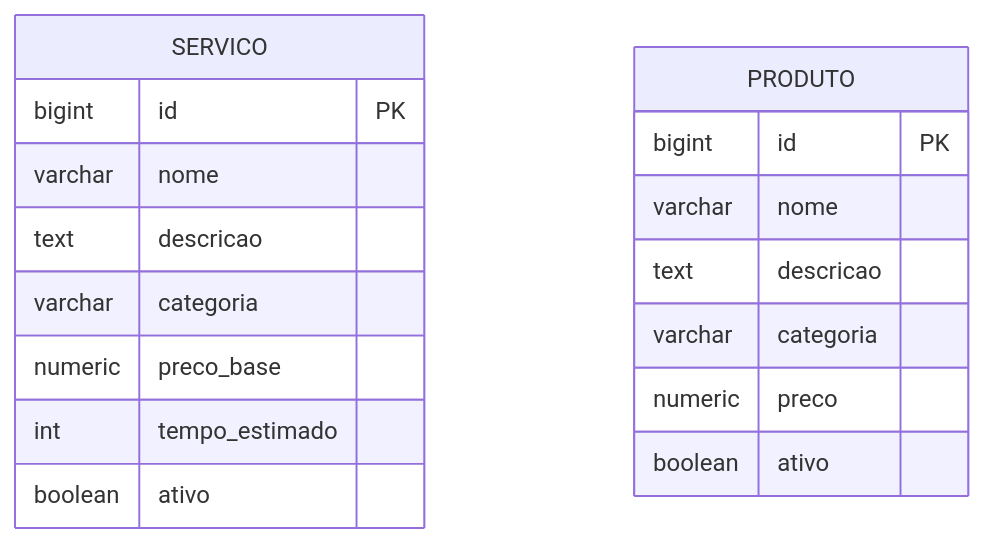
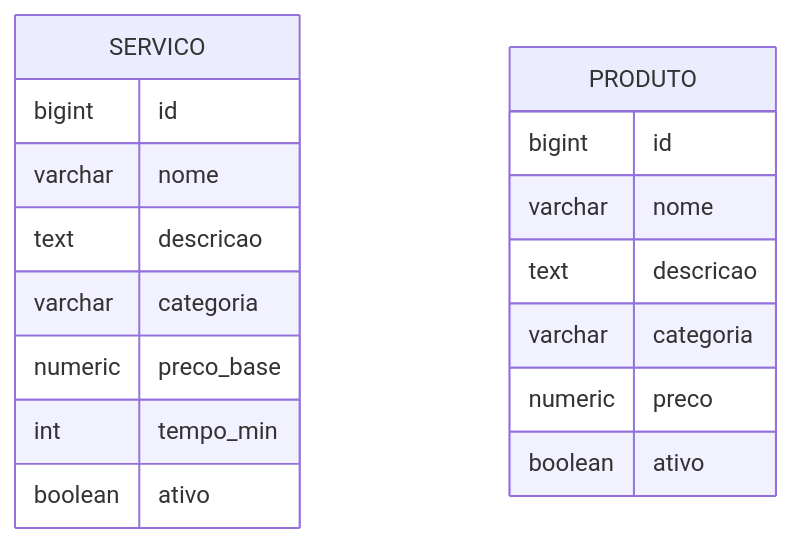
One commit to fiap-soat-grupo36/infra-database changed the fourth of 8 diagrams in docs/diagramas/er-completo.md. Above: the diagram before and after it, drawn with Mermaid. The commit also changed other lines of this file, not shown here.

Commit message:
fix: diagramas ER compatíveis com GitHub Mermaid

````diff
--- a/docs/diagramas/er-completo.md
+++ b/docs/diagramas/er-completo.md
@@ -236,21 +251,21 @@
 ```mermaid
 erDiagram
     SERVICO {
-        bigint id PK
+        bigint id
         varchar nome
         text descricao
         varchar categoria
         numeric preco_base
-        int tempo_estimado
+        int tempo_min
         boolean ativo
     }
 
     PRODUTO {
-        bigint id PK
+        bigint id
         varchar nome
         text descricao
         varchar categoria
         numeric preco
         boolean ativo
     }
 ```
````
